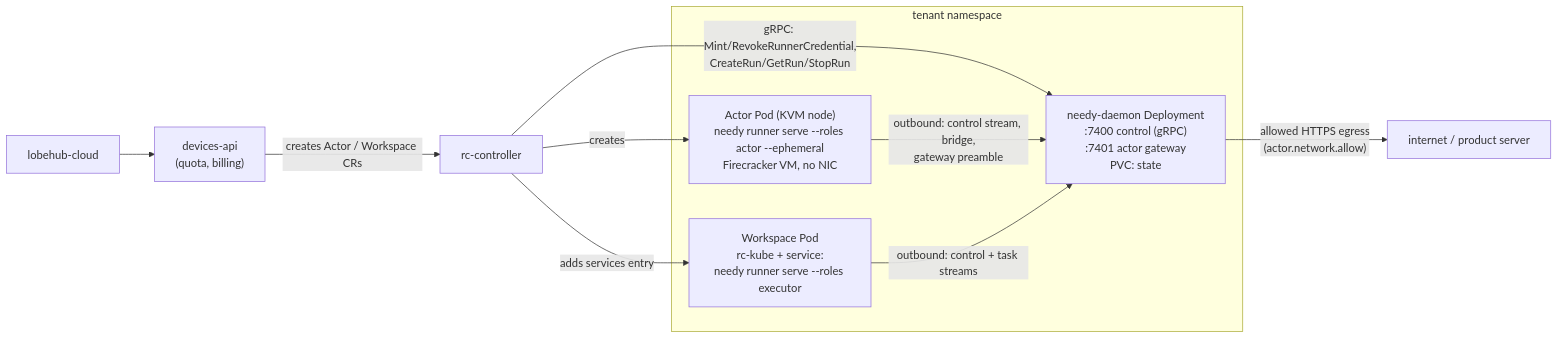
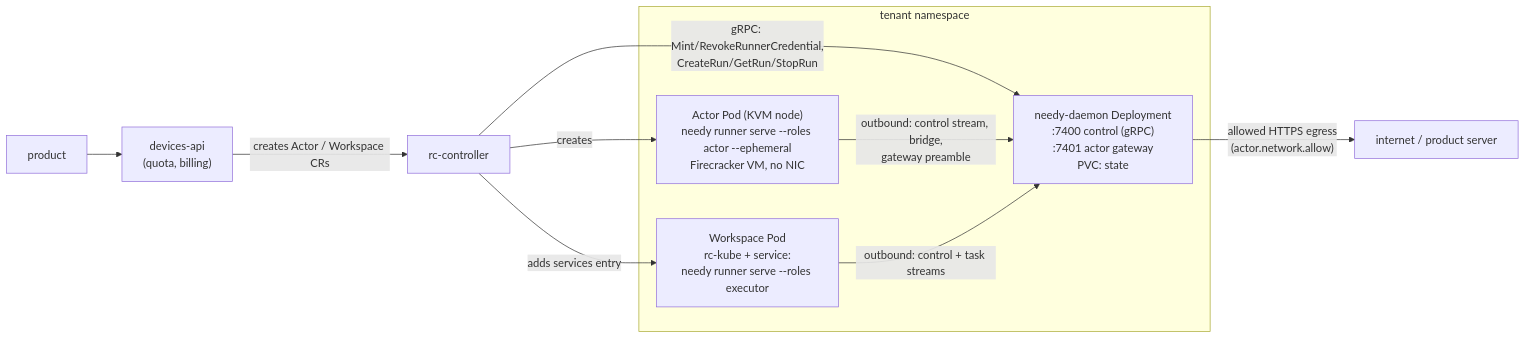
One commit to needy-dev/needy changed the first of 2 diagrams in docs/ai/references/architecture/2026-11-26-rc-integration-guide.md. Above: the diagram before and after it, drawn with Mermaid. The commit also changed other lines of this file and 2 other files, not shown here.

Commit message:
docs: describe the rc handoff's cluster and product generically, and B-3 as merged

````diff
--- a/docs/ai/references/architecture/2026-11-26-rc-integration-guide.md
+++ b/docs/ai/references/architecture/2026-11-26-rc-integration-guide.md
@@ -45,16 +45,16 @@
 ```mermaid
 flowchart LR
-  LC["lobehub-cloud"] --> DA["devices-api\n(quota, billing)"]
+  LC["product"] --> DA["devices-api\n(quota, billing)"]
   DA -->|"creates Actor / Workspace CRs"| RC["rc-controller"]
   subgraph NS["tenant namespace"]
     D["needy-daemon Deployment\n:7400 control (gRPC)\n:7401 actor gateway\nPVC: state"]
     AP["Actor Pod (KVM node)\nneedy runner serve --roles actor --ephemeral\nFirecracker VM, no NIC"]
     WS["Workspace Pod\nrc-kube + service:\nneedy runner serve --roles executor"]
   end
   RC -->|"gRPC: Mint/RevokeRunnerCredential,\nCreateRun/GetRun/StopRun"| D
   RC -->|"creates"| AP
   RC -->|"adds services entry"| WS
   AP -->|"outbound: control stream, bridge,\ngateway preamble"| D
   WS -->|"outbound: control + task streams"| D
   D -->|"allowed HTTPS egress\n(actor.network.allow)"| NET["internet / product server"]
 ```
````
